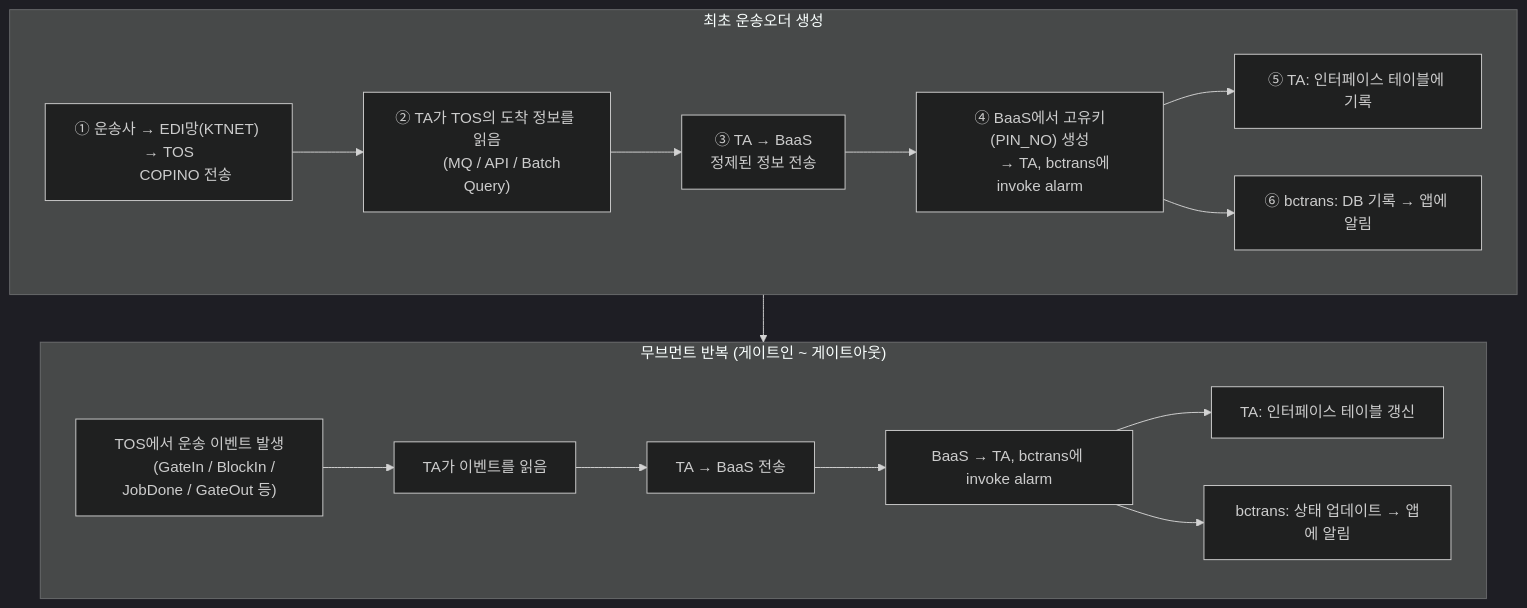
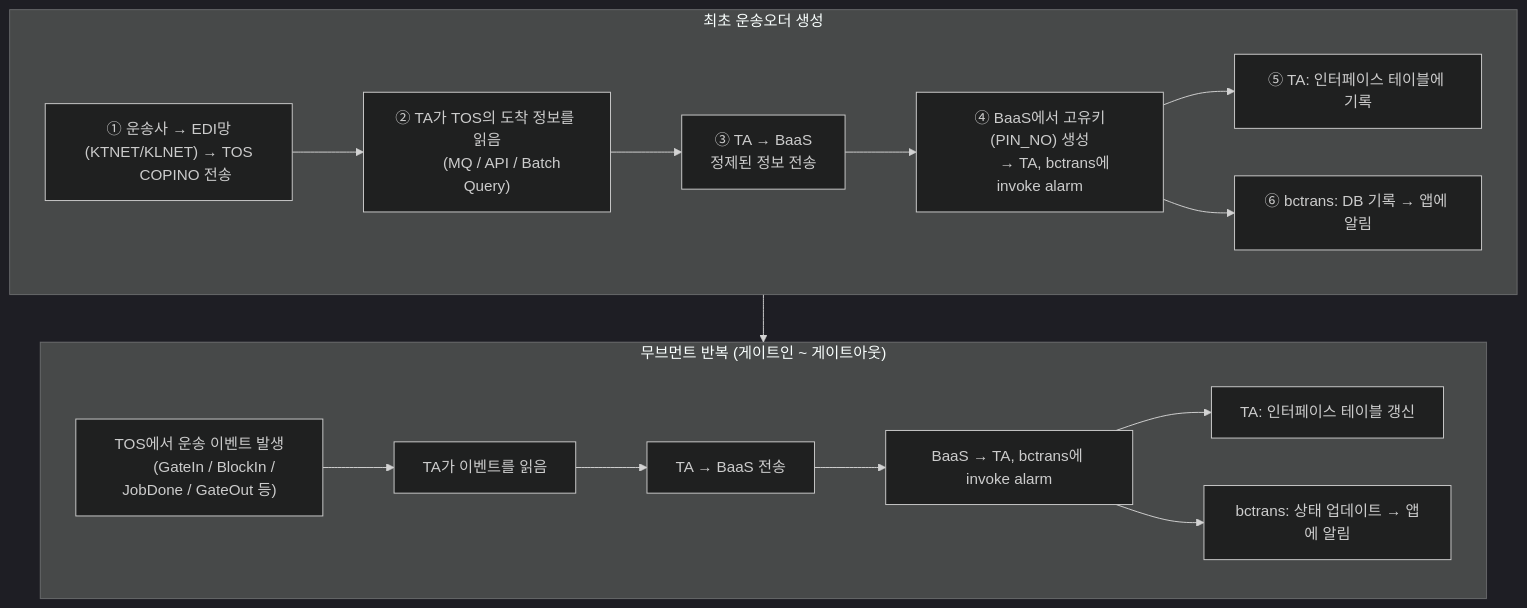
One commit to leedg92/Obsidian changed the first of 3 diagrams in 1. smartm2m/프로세스 정리/전체 흐름/인프라 오버뷰.md. Above: the diagram before and after it, drawn with Mermaid.

Commit message:
vault backup: 2026-03-31 17:09:06

````diff
--- a/1. smartm2m/프로세스 정리/전체 흐름/인프라 오버뷰.md
+++ b/1. smartm2m/프로세스 정리/전체 흐름/인프라 오버뷰.md
@@ -53,40 +53,40 @@
 ```mermaid
 ---
 config:
   theme: dark
 ---
 
 flowchart TD
     subgraph 최초["최초 운송오더 생성"]
-        A1["① 운송사 → EDI망(KTNET) → TOS
+        A1["① 운송사 → EDI망(KTNET/KLNET) → TOS
         COPINO 전송"]
         A2["② TA가 TOS의 도착 정보를 읽음
         (MQ / API / Batch Query)"]
         A3["③ TA → BaaS
         정제된 정보 전송"]
         A4["④ BaaS에서 고유키(PIN_NO) 생성
         → TA, bctrans에 invoke alarm"]
         A5["⑤ TA: 인터페이스 테이블에 기록"]
         A6["⑥ bctrans: DB 기록 → 앱에 알림"]
 
         A1 --> A2 --> A3 --> A4
         A4 --> A5
         A4 --> A6
     end
 
     subgraph 무브먼트["무브먼트 반복 (게이트인 ~ 게이트아웃)"]
         M1["TOS에서 운송 이벤트 발생
         (GateIn / BlockIn / JobDone / GateOut 등)"]
         M2["TA가 이벤트를 읽음"]
         M3["TA → BaaS 전송"]
         M4["BaaS → TA, bctrans에 invoke alarm"]
         M5["TA: 인터페이스 테이블 갱신"]
         M6["bctrans: 상태 업데이트 → 앱에 알림"]
 
         M1 --> M2 --> M3 --> M4
         M4 --> M5
         M4 --> M6
     end
 
     최초 --> 무브먼트
 ```
````
